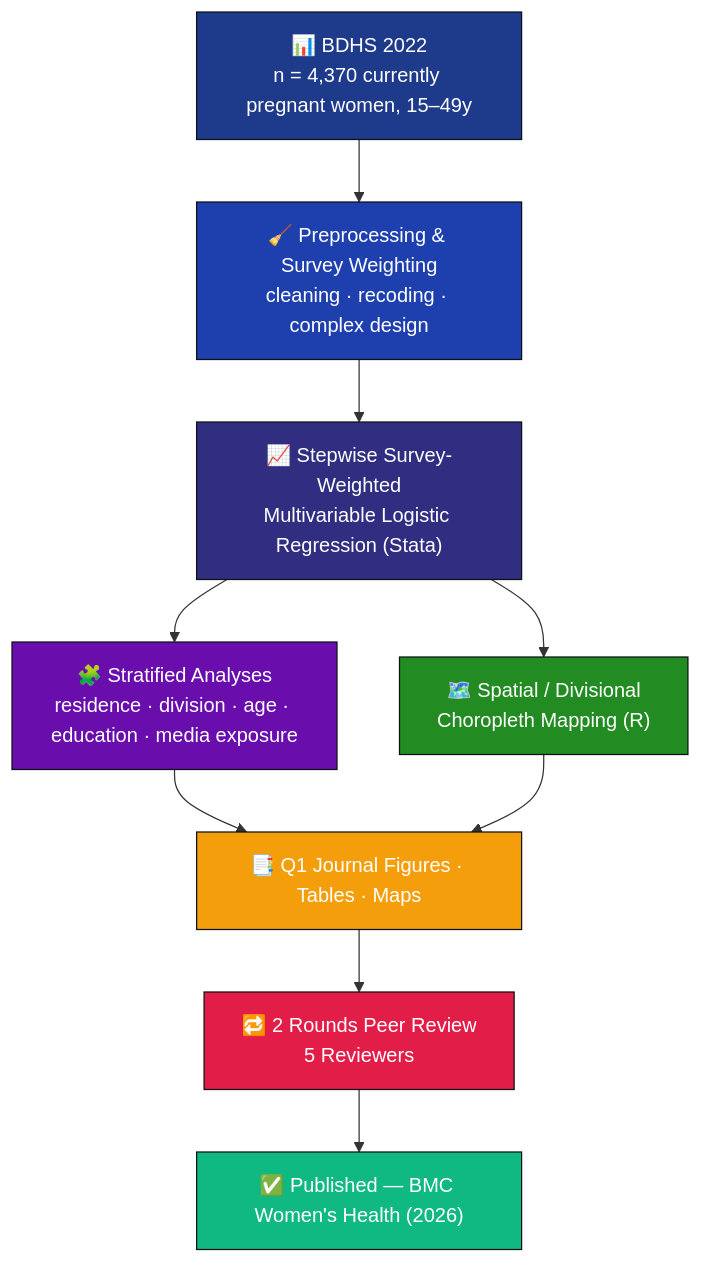
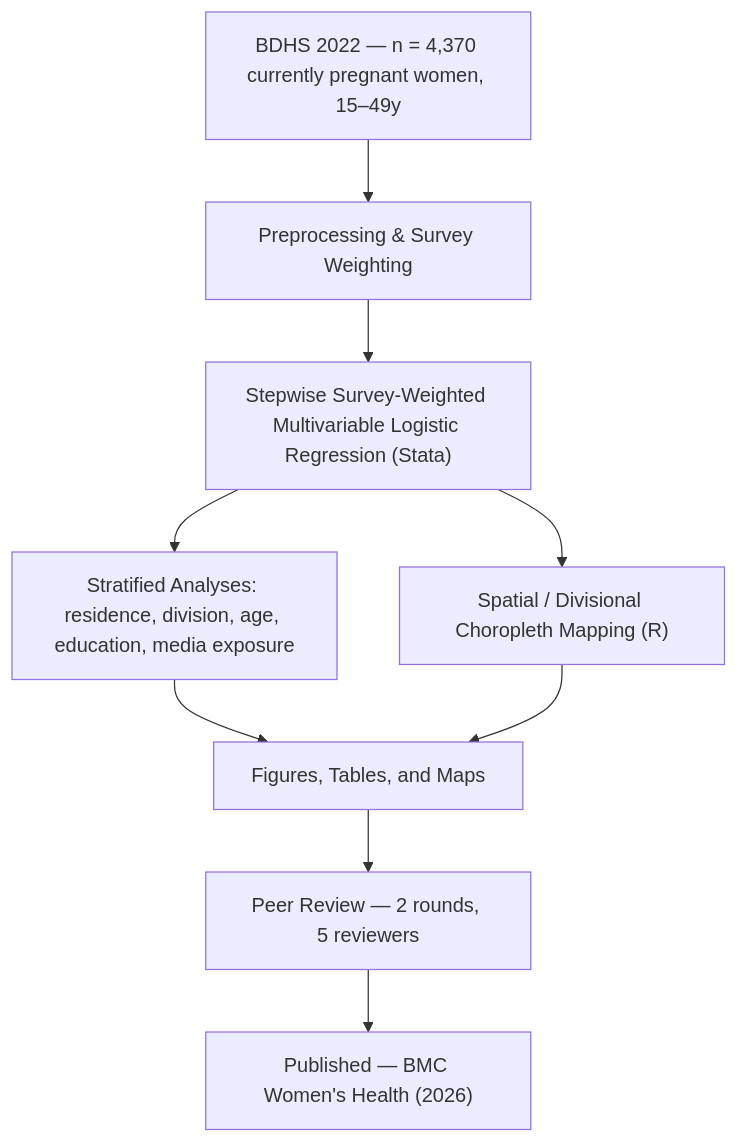
Before and after one commit to muhammadsalek/BDHS-Unmet-Need-Analysis: the diagram in README.md, drawn with Mermaid. The commit also changed other lines of this file, not shown here.

````diff
--- a/README.md
+++ b/README.md
@@ -149,20 +79,11 @@
 ```mermaid
 flowchart TD
-    A["📊 BDHS 2022<br/>n = 4,370 currently pregnant women, 15–49y"] --> B["🧹 Preprocessing & Survey Weighting<br/>cleaning · recoding · complex design"]
-    B --> C["📈 Stepwise Survey-Weighted<br/>Multivariable Logistic Regression (Stata)"]
-    C --> D["🧩 Stratified Analyses<br/>residence · division · age · education · media exposure"]
-    C --> E["🗺️ Spatial / Divisional<br/>Choropleth Mapping (R)"]
-    D --> F["📑 Q1 Journal Figures · Tables · Maps"]
+    A["BDHS 2022 — n = 4,370 currently pregnant women, 15–49y"] --> B["Preprocessing & Survey Weighting"]
+    B --> C["Stepwise Survey-Weighted Multivariable Logistic Regression (Stata)"]
+    C --> D["Stratified Analyses: residence, division, age, education, media exposure"]
+    C --> E["Spatial / Divisional Choropleth Mapping (R)"]
+    D --> F["Figures, Tables, and Maps"]
     E --> F
-    F --> G["🔁 2 Rounds Peer Review<br/>5 Reviewers"]
-    G --> H["✅ Published — BMC Women's Health (2026)"]
-
-    style A fill:#1e3a8a,stroke:#0d1117,color:#fff
-    style B fill:#1e40af,stroke:#0d1117,color:#fff
-    style C fill:#312e81,stroke:#0d1117,color:#fff
-    style D fill:#6a0dad,stroke:#0d1117,color:#fff
-    style E fill:#228b22,stroke:#0d1117,color:#fff
-    style F fill:#f59e0b,stroke:#0d1117,color:#fff
-    style G fill:#e11d48,stroke:#0d1117,color:#fff
-    style H fill:#10b981,stroke:#0d1117,color:#fff
+    F --> G["Peer Review — 2 rounds, 5 reviewers"]
+    G --> H["Published — BMC Women's Health (2026)"]
 ```
````
